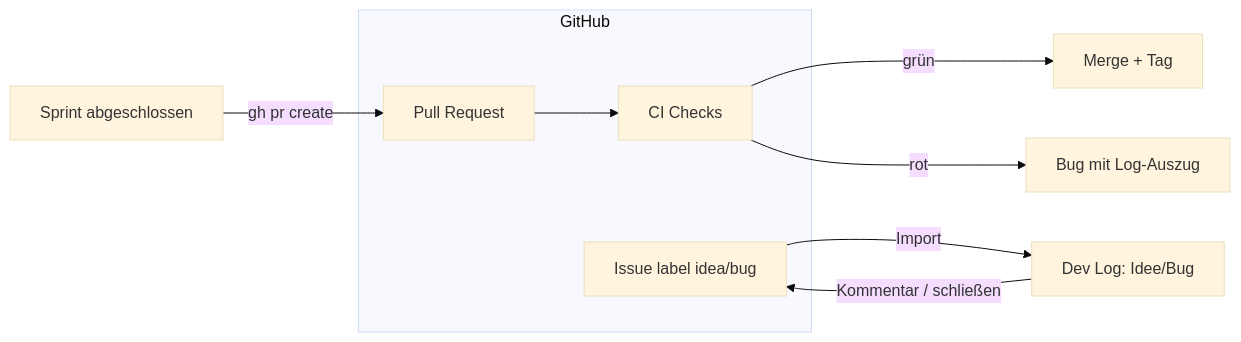
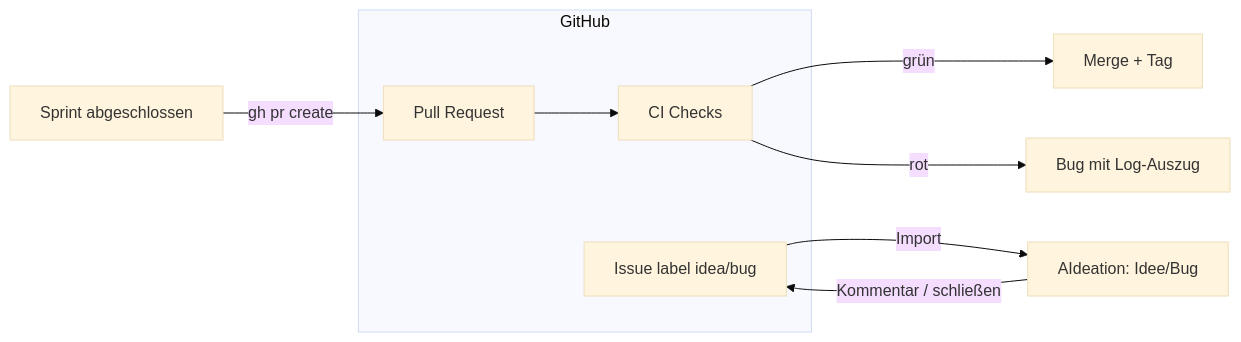
Before and after one commit to zaaaazzy/AutoDEV: the diagram in docs/ideen/07-github-bruecke.md, drawn with Mermaid (base theme). The commit also changed other lines of this file and 89 other files, not shown here.

````diff
--- a/docs/ideen/07-github-bruecke.md
+++ b/docs/ideen/07-github-bruecke.md
@@ -33,14 +33,14 @@
 ```mermaid
 flowchart LR
   subgraph GitHub
     IS[Issue label idea/bug]
     PR[Pull Request]
     CI[CI Checks]
   end
-  IS -->|Import| DL[Dev Log: Idee/Bug]
+  IS -->|Import| DL[AIdeation: Idee/Bug]
   DL -->|Kommentar / schließen| IS
   SP[Sprint abgeschlossen] -->|gh pr create| PR
   PR --> CI
   CI -->|grün| M[Merge + Tag]
   CI -->|rot| B[Bug mit Log-Auszug]
 ```
````
